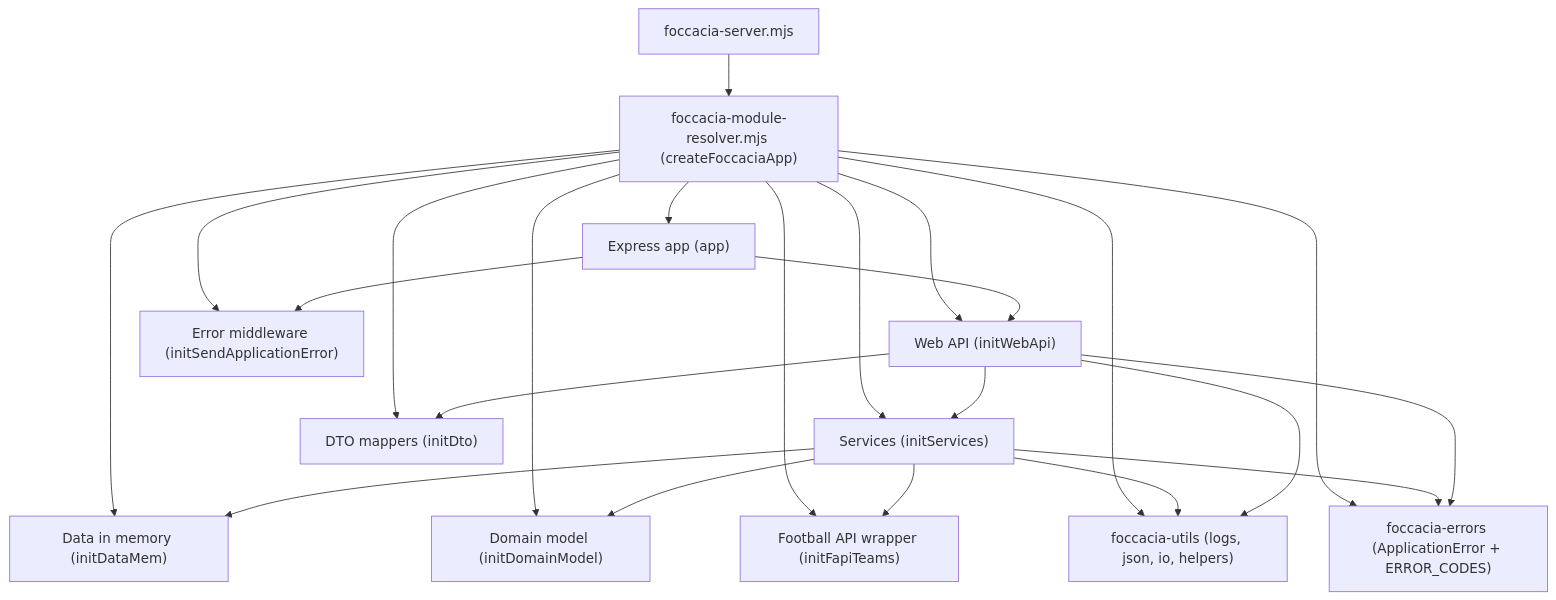
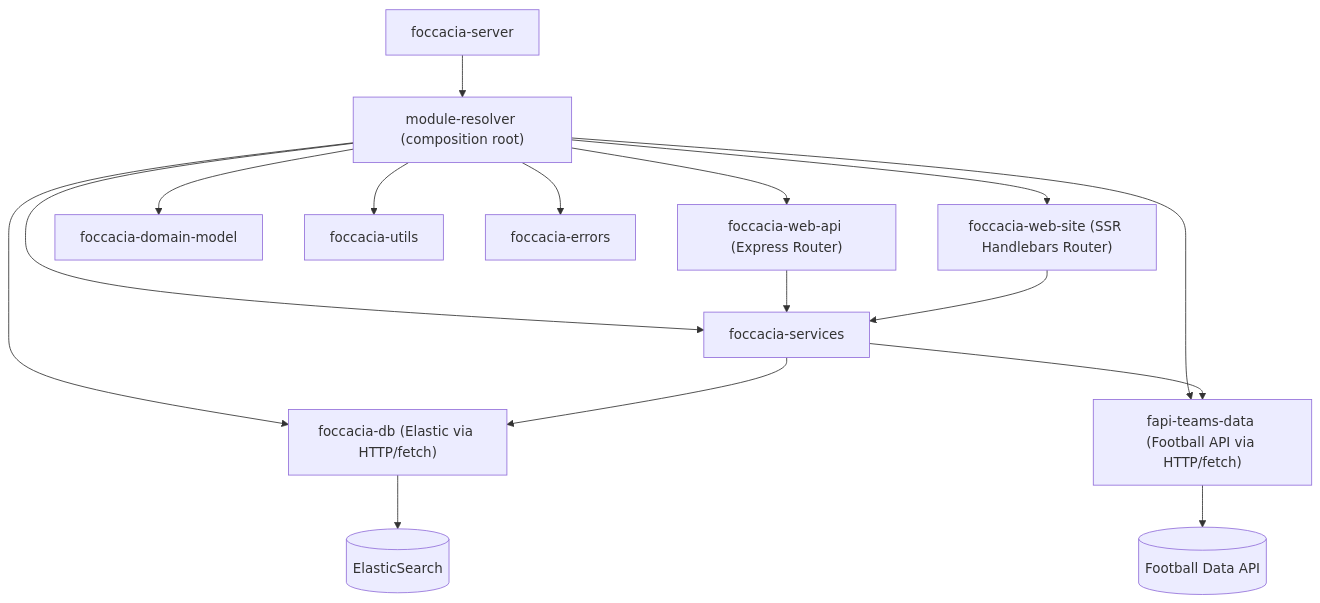
One commit to diniscorreiaa/foccacia changed the diagram in README.md. Above: the diagram before and after it, drawn with Mermaid. The commit also changed other lines of this file and 6 other files, not shown here.

````diff
--- a/README.md
+++ b/README.md
@@ -292,37 +136,25 @@
 ```mermaid
 
-flowchart TD
-    FS["foccacia-server.mjs"]
-    MR["foccacia-module-resolver.mjs (createFoccaciaApp)"]
+graph TD
+    Server["foccacia-server"] --> Resolver["module-resolver (composition root)"]
 
-%% raiz
-    FS --> MR
+    Resolver --> WebAPI["foccacia-web-api (Express Router)"]
+    Resolver --> WebSite["foccacia-web-site (SSR Handlebars Router)"]
+    Resolver --> Services["foccacia-services"]
+    Resolver --> Domain["foccacia-domain-model"]
+    Resolver --> DataElastic["foccacia-db (Elastic via HTTP/fetch)"]
+    Resolver --> Fapi["fapi-teams-data (Football API via HTTP/fetch)"]
+    Resolver --> Utils["foccacia-utils"]
+    Resolver --> Errors["foccacia-errors"]
 
-%% módulos principais criados pelo resolver
-    MR --> App["Express app (app)"]
-    MR --> Api["Web API (initWebApi)"]
-    MR --> Services["Services (initServices)"]
-    MR --> DataMem["Data in memory (initDataMem)"]
-    MR --> Domain["Domain model (initDomainModel)"]
-    MR --> Fapi["Football API wrapper (initFapiTeams)"]
-    MR --> Dto["DTO mappers (initDto)"]
-    MR --> ErrMw["Error middleware (initSendApplicationError)"]
-    MR --> Utils["foccacia-utils (logs, json, io, helpers)"]
-    MR --> Errors["foccacia-errors (ApplicationError + ERROR_CODES)"]
+    WebAPI --> Services
+    WebSite --> Services
 
-%% dependências internas
-    Services --> DataMem
-    Services --> Domain
+    Services --> DataElastic
     Services --> Fapi
-    Services --> Utils
-    Services --> Errors
 
-    Api --> Services
-    Api --> Dto
-    Api --> Errors
-    Api --> Utils
+    DataElastic --> Elastic[(ElasticSearch)]
+    Fapi --> Football[(Football Data API)]
 
-    App --> Api
-    App --> ErrMw
 
 ```
````
